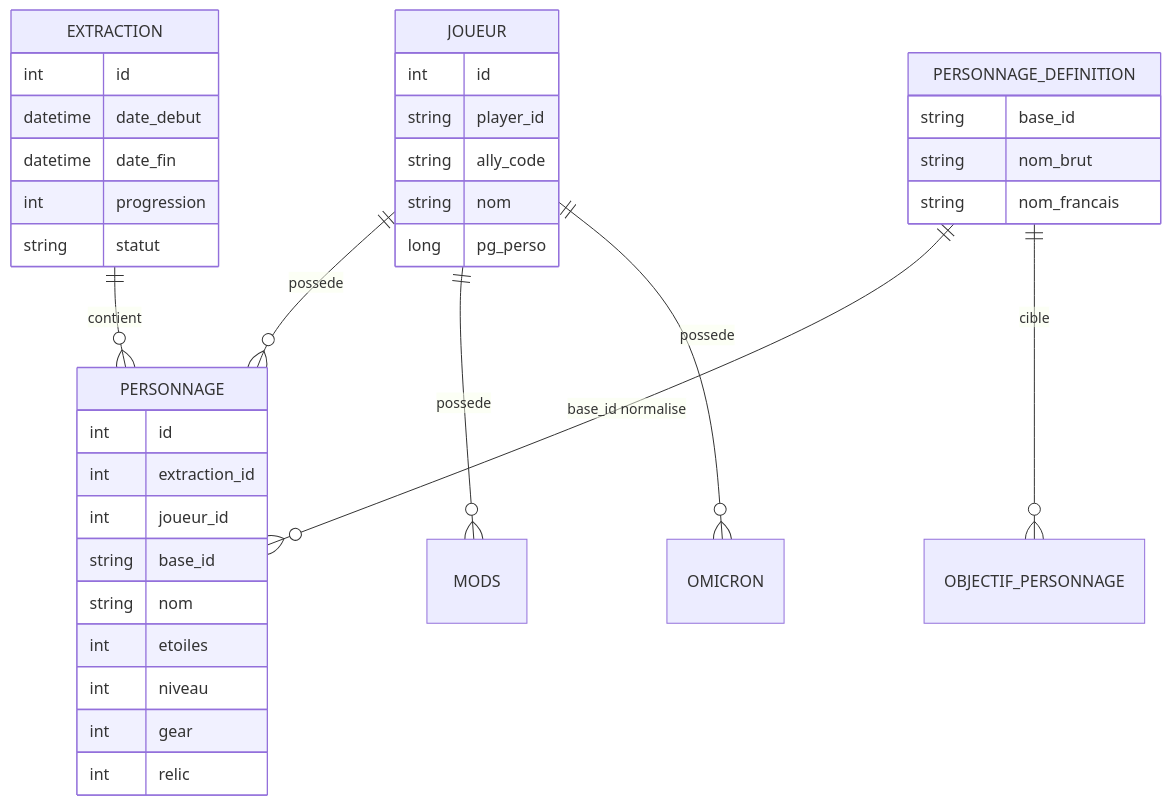
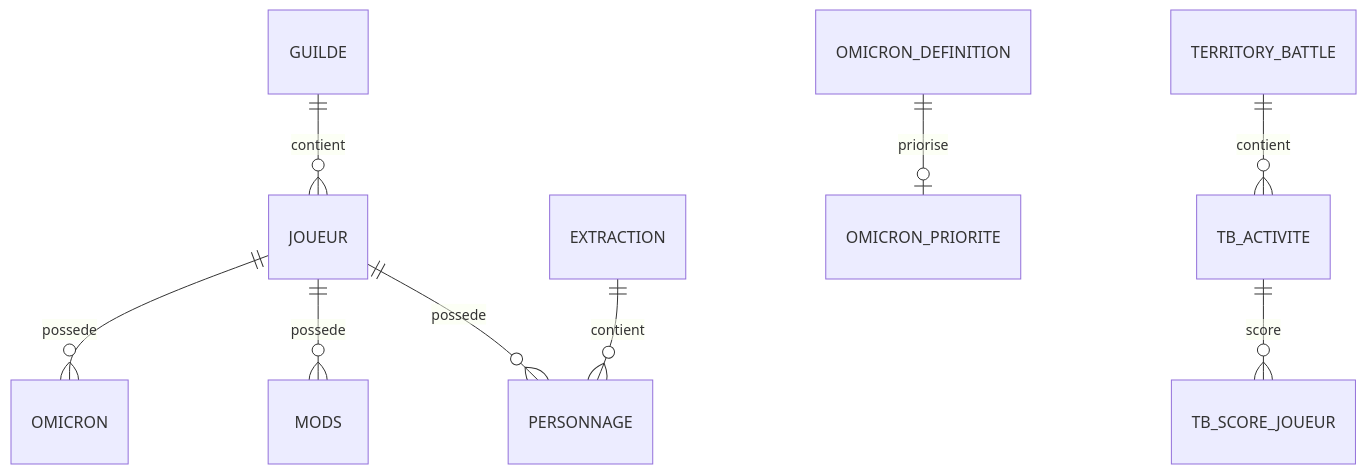
Before and after one commit to Xalkinn/swgoh-manager: the third of 3 diagrams in README.md, drawn with Mermaid. The commit also changed other lines of this file and 14 other files, not shown here.

````diff
--- a/README.md
+++ b/README.md
@@ -521,44 +868,13 @@
 ```mermaid
 erDiagram
+    GUILDE ||--o{ JOUEUR : contient
     JOUEUR ||--o{ PERSONNAGE : possede
     EXTRACTION ||--o{ PERSONNAGE : contient
     JOUEUR ||--o{ MODS : possede
     JOUEUR ||--o{ OMICRON : possede
 
-    PERSONNAGE_DEFINITION ||--o{ PERSONNAGE : "base_id normalise"
-    PERSONNAGE_DEFINITION ||--o{ OBJECTIF_PERSONNAGE : cible
+    OMICRON_DEFINITION ||--o| OMICRON_PRIORITE : priorise
 
-    JOUEUR {
-        int id
-        string player_id
-        string ally_code
-        string nom
-        long pg_perso
-    }
-
-    PERSONNAGE {
-        int id
-        int extraction_id
-        int joueur_id
-        string base_id
-        string nom
-        int etoiles
-        int niveau
-        int gear
-        int relic
-    }
-
-    PERSONNAGE_DEFINITION {
-        string base_id
-        string nom_brut
-        string nom_francais
-    }
-
-    EXTRACTION {
-        int id
-        datetime date_debut
-        datetime date_fin
-        int progression
-        string statut
-    }
+    TERRITORY_BATTLE ||--o{ TB_ACTIVITE : contient
+    TB_ACTIVITE ||--o{ TB_SCORE_JOUEUR : score
 ```
````
